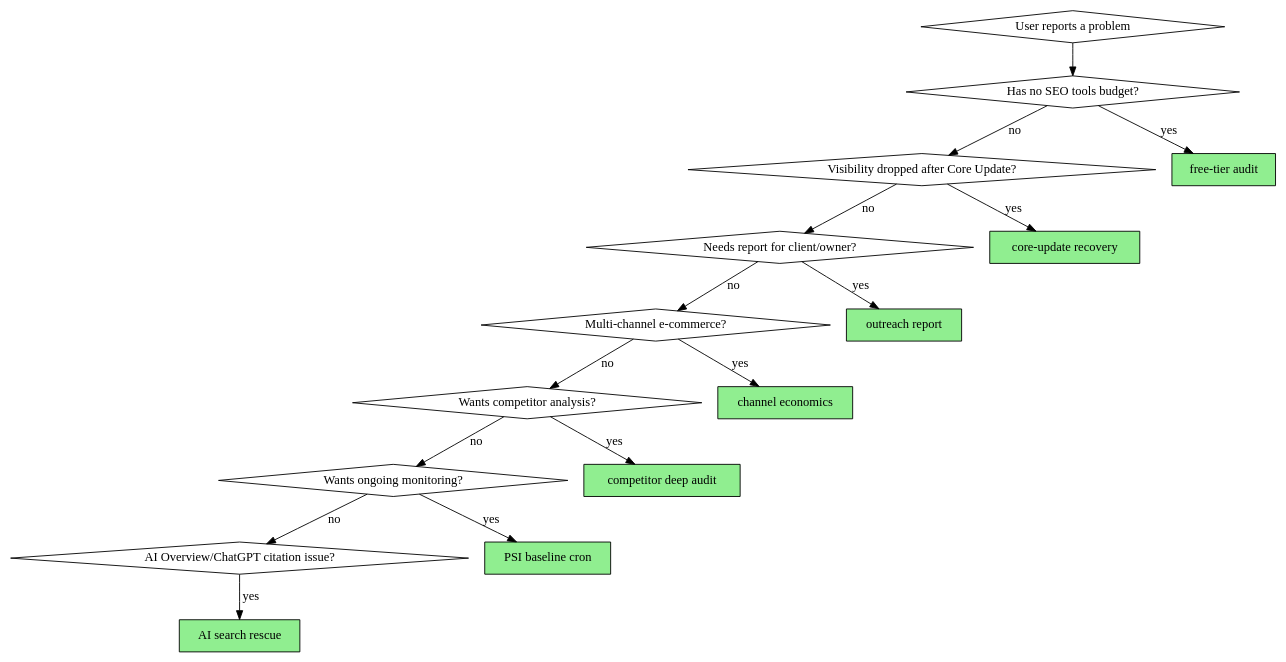
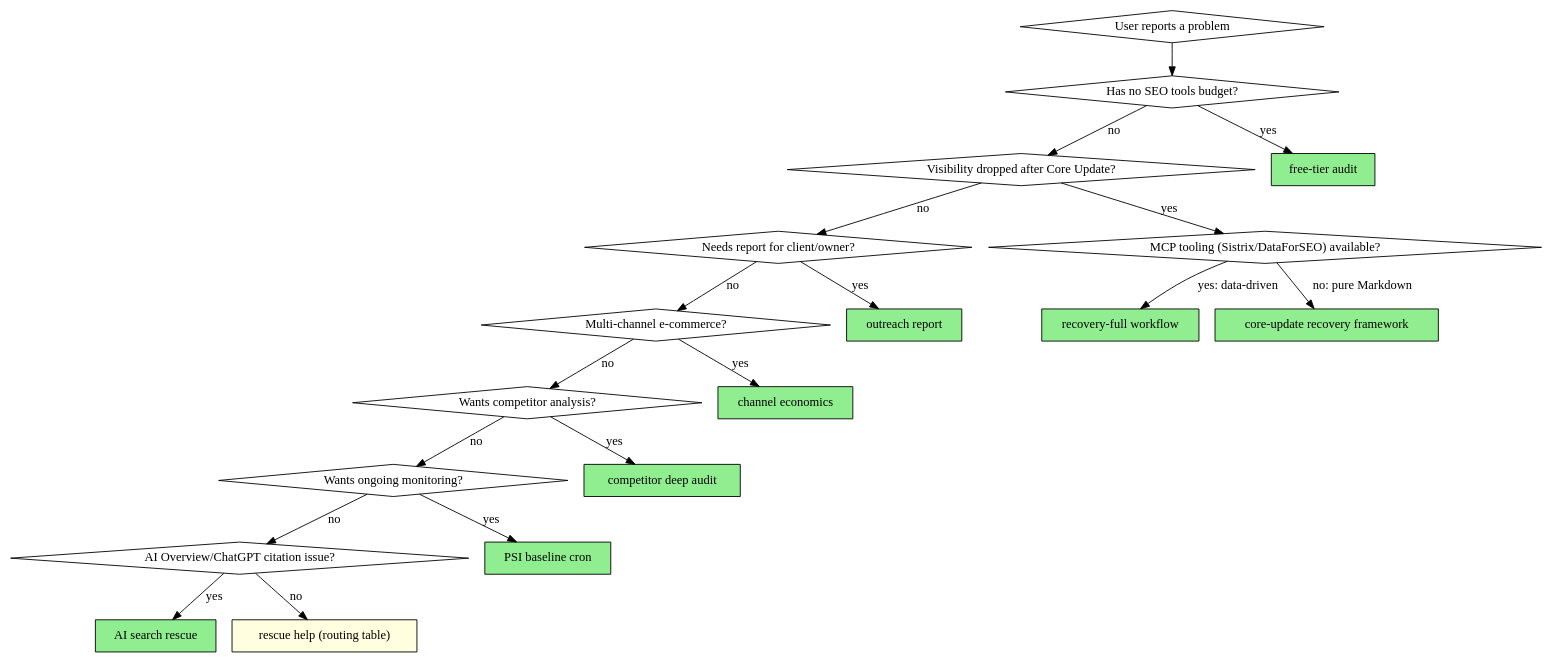
The diagram in plugins/seo-rescue/skills/rescue/SKILL.md (maxschottke-spec/seo-survival-kit), drawn with Graphviz before and after one commit. The commit also changed other lines of this file and 33 other files, not shown here.

````diff
--- a/plugins/seo-rescue/skills/rescue/SKILL.md
+++ b/plugins/seo-rescue/skills/rescue/SKILL.md
@@ -47,35 +48,42 @@
 ```dot
 digraph routing {
   "User reports a problem" [shape=diamond];
   "Has no SEO tools budget?" [shape=diamond];
   "Visibility dropped after Core Update?" [shape=diamond];
   "Needs report for client/owner?" [shape=diamond];
   "Multi-channel e-commerce?" [shape=diamond];
   "Wants competitor analysis?" [shape=diamond];
   "Wants ongoing monitoring?" [shape=diamond];
   "AI Overview/ChatGPT citation issue?" [shape=diamond];
 
+  "MCP tooling (Sistrix/DataForSEO) available?" [shape=diamond];
+
   "free-tier audit" [shape=box,style=filled,fillcolor=lightgreen];
-  "core-update recovery" [shape=box,style=filled,fillcolor=lightgreen];
+  "recovery-full workflow" [shape=box,style=filled,fillcolor=lightgreen];
+  "core-update recovery framework" [shape=box,style=filled,fillcolor=lightgreen];
   "outreach report" [shape=box,style=filled,fillcolor=lightgreen];
   "channel economics" [shape=box,style=filled,fillcolor=lightgreen];
   "competitor deep audit" [shape=box,style=filled,fillcolor=lightgreen];
   "PSI baseline cron" [shape=box,style=filled,fillcolor=lightgreen];
   "AI search rescue" [shape=box,style=filled,fillcolor=lightgreen];
+  "rescue help (routing table)" [shape=box,style=filled,fillcolor=lightyellow];
 
   "User reports a problem" -> "Has no SEO tools budget?";
   "Has no SEO tools budget?" -> "free-tier audit" [label="yes"];
   "Has no SEO tools budget?" -> "Visibility dropped after Core Update?" [label="no"];
-  "Visibility dropped after Core Update?" -> "core-update recovery" [label="yes"];
+  "Visibility dropped after Core Update?" -> "MCP tooling (Sistrix/DataForSEO) available?" [label="yes"];
+  "MCP tooling (Sistrix/DataForSEO) available?" -> "recovery-full workflow" [label="yes: data-driven"];
+  "MCP tooling (Sistrix/DataForSEO) available?" -> "core-update recovery framework" [label="no: pure Markdown"];
   "Visibility dropped after Core Update?" -> "Needs report for client/owner?" [label="no"];
   "Needs report for client/owner?" -> "outreach report" [label="yes"];
   "Needs report for client/owner?" -> "Multi-channel e-commerce?" [label="no"];
   "Multi-channel e-commerce?" -> "channel economics" [label="yes"];
   "Multi-channel e-commerce?" -> "Wants competitor analysis?" [label="no"];
   "Wants competitor analysis?" -> "competitor deep audit" [label="yes"];
   "Wants competitor analysis?" -> "Wants ongoing monitoring?" [label="no"];
   "Wants ongoing monitoring?" -> "PSI baseline cron" [label="yes"];
   "Wants ongoing monitoring?" -> "AI Overview/ChatGPT citation issue?" [label="no"];
   "AI Overview/ChatGPT citation issue?" -> "AI search rescue" [label="yes"];
+  "AI Overview/ChatGPT citation issue?" -> "rescue help (routing table)" [label="no"];
 }
 ```
````
